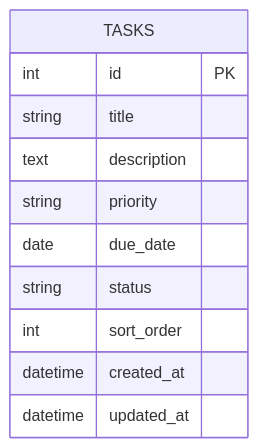
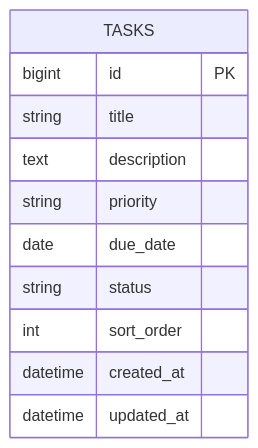
One commit to erika-noguchi428/TaskManagement changed the diagram in docs/データベース設計書.md. Above: the diagram before and after it, drawn with Mermaid. The commit also changed 15 other files, not shown here.

````diff
--- a/docs/データベース設計書.md
+++ b/docs/データベース設計書.md
@@ -28,14 +28,14 @@
 ```mermaid
 erDiagram
     TASKS {
-        int id PK
+        bigint id PK
         string title
         text description
         string priority
         date due_date
         string status
         int sort_order
         datetime created_at
         datetime updated_at
     }
 ```
````
